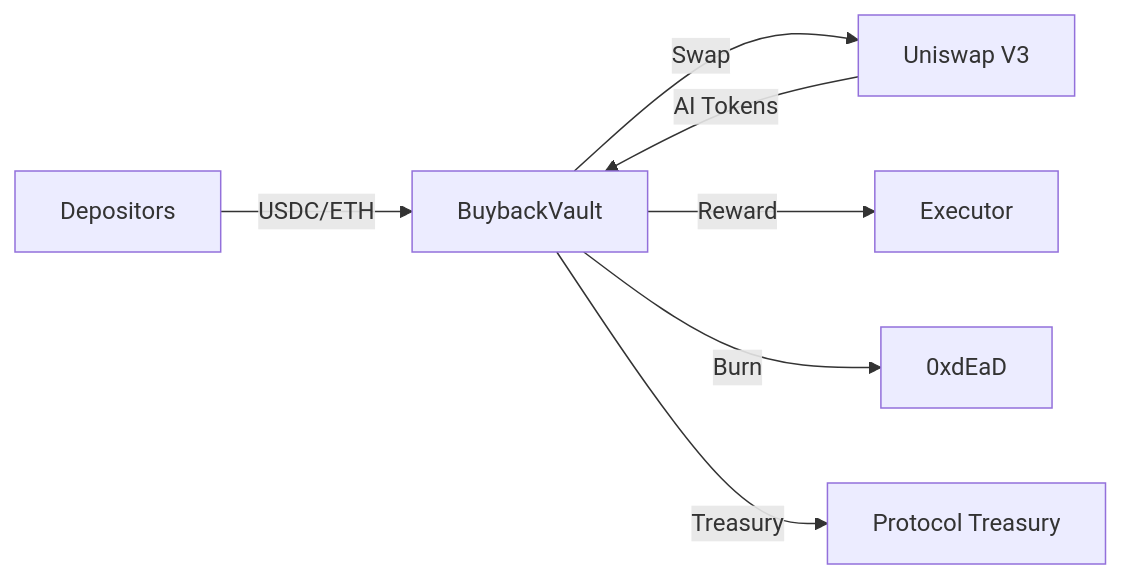
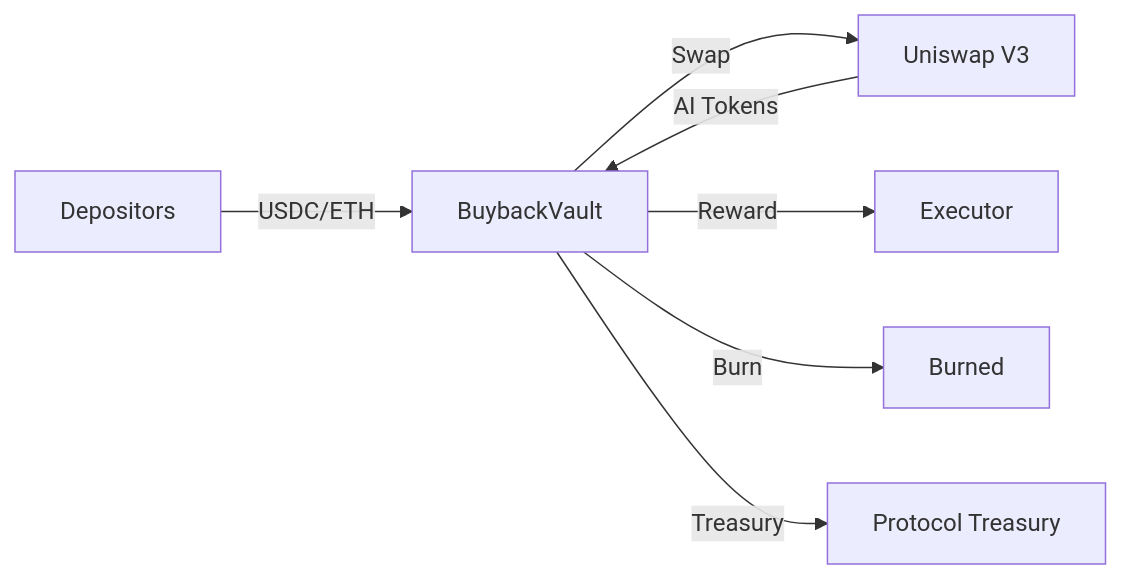
Before and after one commit to gensyn-network/gensyn-buyback: the diagram in README.md, drawn with Mermaid. The commit also changed other lines of this file and 3 other files, not shown here.

````diff
--- a/README.md
+++ b/README.md
@@ -13,9 +13,9 @@
 ```mermaid
 graph LR
     A[Depositors] -->|USDC/ETH| B[BuybackVault]
     B -->|Swap| C[Uniswap V3]
     C -->|AI Tokens| B
     B -->|Reward| D[Executor]
-    B -->|Burn| E[0xdEaD]
+    B -->|Burn| E[Burned]
     B -->|Treasury| F[Protocol Treasury]
 ```
````
